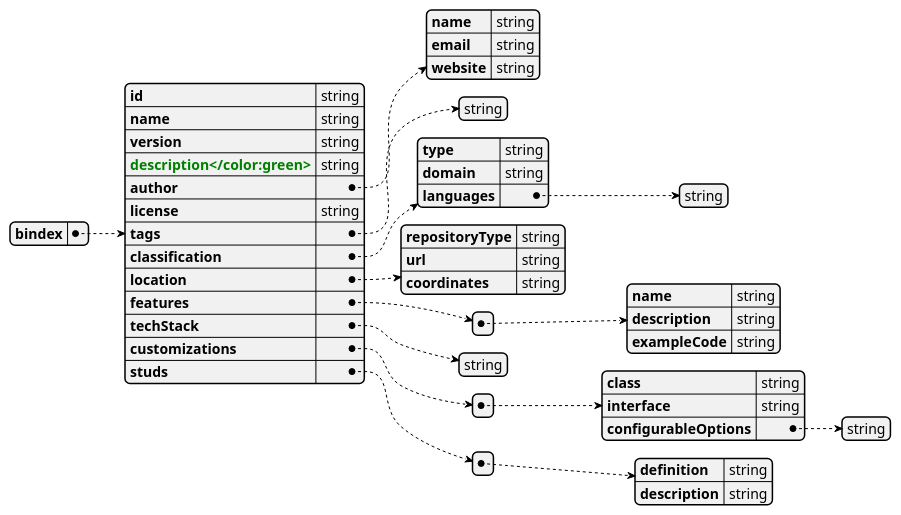
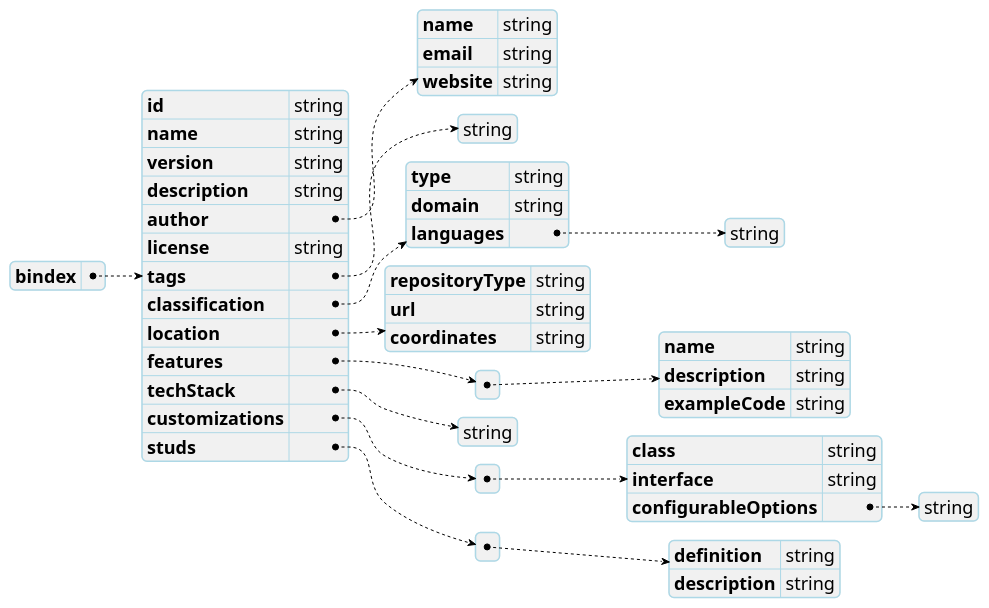
Before and after one commit to machanism-org/machai: the diagram in src/site/puml/bindex-schema.puml, drawn with PlantUML. The commit also changed 1 other file, not shown here.

```diff
--- a/src/site/puml/bindex-schema.puml
+++ b/src/site/puml/bindex-schema.puml
@@ -1,48 +1,57 @@
 @startjson
+<style>
+jsonDiagram {
+  node {
+    LineColor: lightblue
+    FontColor: black
+    FontSize: 18
+  }
+}
+</style>
 {
   "bindex": {
     "id": "string",
     "name": "string",
     "version": "string",
-    "<color:green>description</color:green>": "string", 
+    "description": "string", 
     "author": {
       "name": "string",
       "email": "string",
       "website": "string"
     },
     "license": "string",
     "tags": ["string"],
     "classification": {
       "type": "string",
       "domain": "string",
       "languages": ["string"]
     },
     "location": {
       "repositoryType": "string",
       "url": "string",
       "coordinates": "string"
     },
     "features": [
       {
         "name": "string",
         "description": "string",
         "exampleCode": "string"
       }
     ],
     "techStack": ["string"],
     "customizations": [
       {
         "class": "string",
         "interface": "string",
         "configurableOptions": ["string"]
       }
     ],
     "studs": [
       {
         "definition": "string",
         "description": "string"
       }
     ]
   }
 }
 @endjson
```
